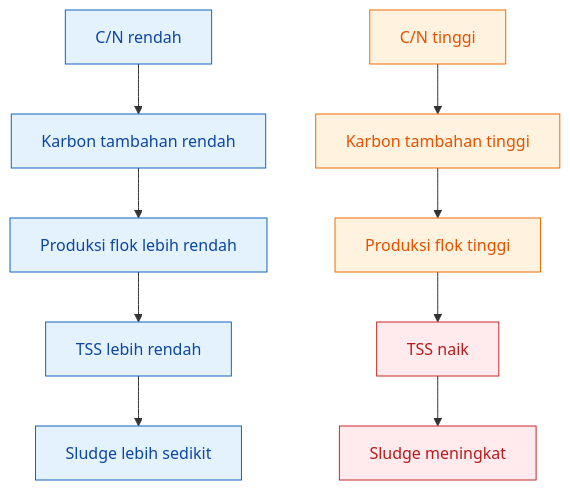
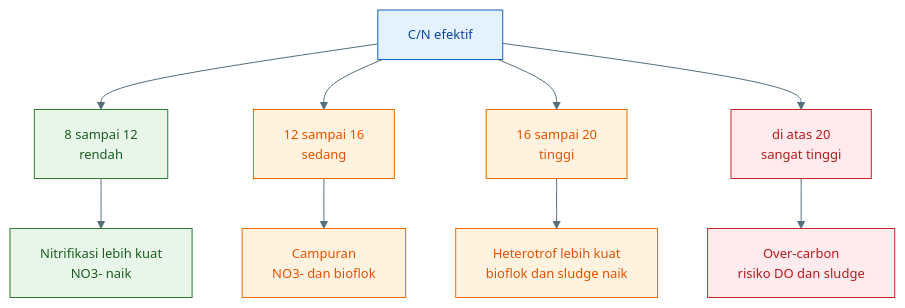
Before and after one commit to slametsampon/kawruhnology: the ninth of 32 diagrams in content/blog/agri/perikanan/ratio-cn-rendah-biflok.mdx, drawn with Mermaid. The commit also changed other lines of this file, not shown here.

Commit message:
upadte rasio c/n rendah

````diff
--- a/content/blog/agri/perikanan/ratio-cn-rendah-biflok.mdx
+++ b/content/blog/agri/perikanan/ratio-cn-rendah-biflok.mdx
@@ -1238,21 +2189,36 @@
-```mermaid id="qu7awf"
+```mermaid id="rezim-cn-efektif"
+%%{init: {'theme':'base','themeVariables':{
+'primaryColor':'#E3F2FD',
+'primaryTextColor':'#0D47A1',
+'primaryBorderColor':'#1565C0',
+'secondaryColor':'#E8F5E9',
+'secondaryTextColor':'#1B5E20',
+'secondaryBorderColor':'#2E7D32',
+'tertiaryColor':'#FFF3E0',
+'tertiaryTextColor':'#E65100',
+'tertiaryBorderColor':'#EF6C00',
+'lineColor':'#546E7A',
+'fontSize':'13px'
+}}}%%
 flowchart TD
-    A["C/N rendah"] --> B["Karbon tambahan rendah"]
-    B --> C["Produksi flok lebih rendah"]
-    C --> D["TSS lebih rendah"]
-    D --> E["Sludge lebih sedikit"]
+    A["C/N efektif"] --> B["8 sampai 12<br/>rendah"]
+    A --> C["12 sampai 16<br/>sedang"]
+    A --> D["16 sampai 20<br/>tinggi"]
+    A --> E["di atas 20<br/>sangat tinggi"]
 
-    F["C/N tinggi"] --> G["Karbon tambahan tinggi"]
-    G --> H["Produksi flok tinggi"]
-    H --> I["TSS naik"]
-    I --> J["Sludge meningkat"]
+    B --> F["Nitrifikasi lebih kuat<br/>NO3- naik"]
+    C --> G["Campuran<br/>NO3- dan bioflok"]
+    D --> H["Heterotrof lebih kuat<br/>bioflok dan sludge naik"]
+    E --> I["Over-carbon<br/>risiko DO dan sludge"]
 
-    classDef low fill:#e3f2fd,stroke:#1565c0,color:#0d47a1;
-    classDef high fill:#fff3e0,stroke:#ef6c00,color:#e65100;
-    classDef risk fill:#ffebee,stroke:#c62828,color:#b71c1c;
-    classDef good fill:#e8f5e9,stroke:#2e7d32,color:#1b5e20;
+    classDef root fill:#E3F2FD,stroke:#1565C0,color:#0D47A1;
+    classDef aman fill:#E8F5E9,stroke:#2E7D32,color:#1B5E20;
+    classDef sedang fill:#FFF3E0,stroke:#EF6C00,color:#E65100;
+    classDef risiko fill:#FFEBEE,stroke:#C62828,color:#B71C1C;
 
-    class A,B,C,D,E low;
-    class F,G,H high;
-    class I,J risk;
+    class A root;
+    class B,F aman;
+    class C,G sedang;
+    class D,H sedang;
+    class E,I risiko;
 ```
````
